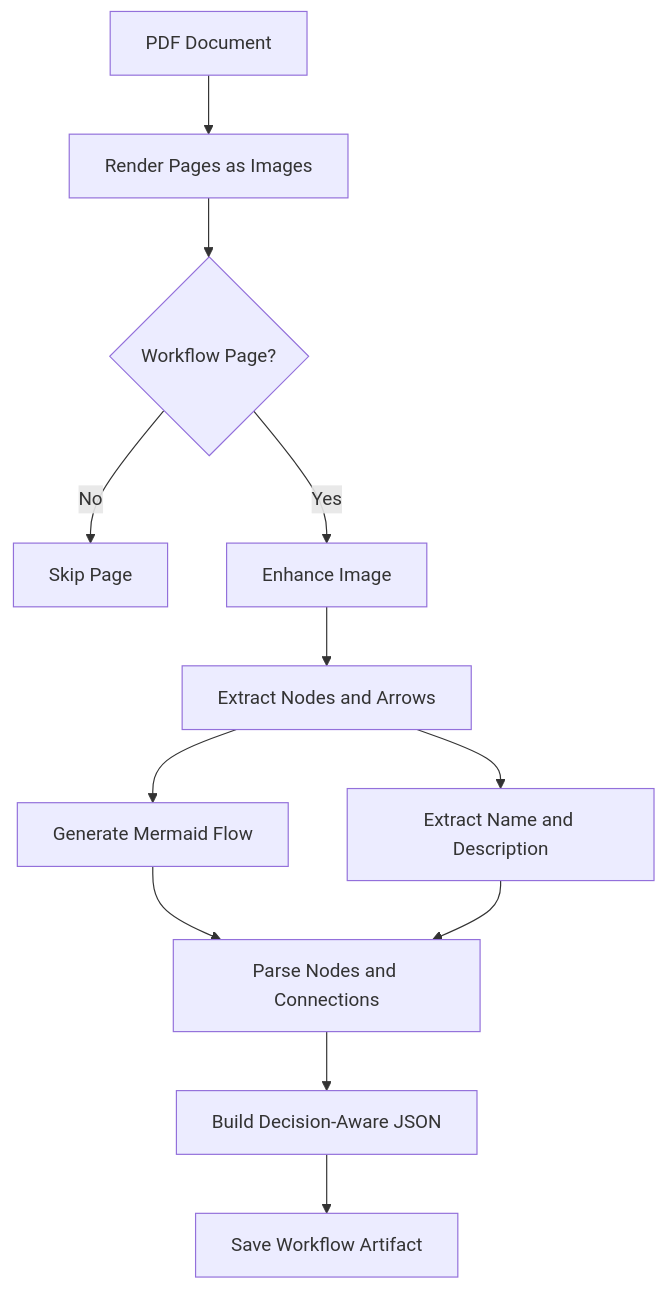
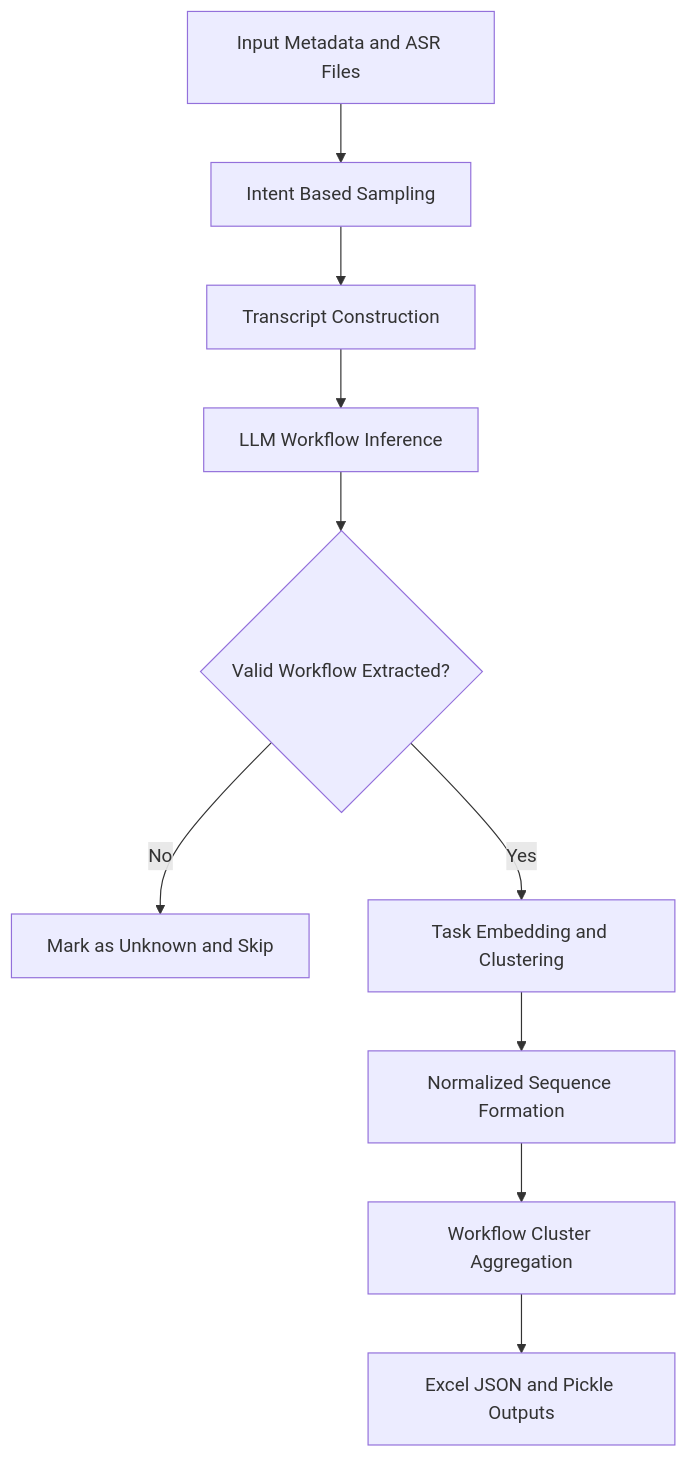
One commit to sagar-mokashi/cxone-reasearch-ppt-generation changed the diagram in output/architecture_dataflow.mmd. Above: the diagram before and after it, drawn with Mermaid. The commit also changed 24 other files, not shown here.

```diff
--- a/output/architecture_dataflow.mmd
+++ b/output/architecture_dataflow.mmd
@@ -1,12 +1,10 @@
 flowchart TD
-    A[PDF Document] --> B[Render Pages as Images]
-    B --> C{Workflow Page?}
-    C -->|No| Z[Skip Page]
-    C -->|Yes| D[Enhance Image]
-    D --> E[Extract Nodes and Arrows]
-    E --> F[Generate Mermaid Flow]
-    E --> G[Extract Name and Description]
-    F --> H[Parse Nodes and Connections]
-    G --> H
-    H --> I[Build Decision-Aware JSON]
-    I --> J[Save Workflow Artifact]
+  A[Input Metadata and ASR Files] --> B[Intent Based Sampling]
+  B --> C[Transcript Construction]
+  C --> D[LLM Workflow Inference]
+  D --> E{Valid Workflow Extracted?}
+  E -->|No| F[Mark as Unknown and Skip]
+  E -->|Yes| G[Task Embedding and Clustering]
+  G --> H[Normalized Sequence Formation]
+  H --> I[Workflow Cluster Aggregation]
+  I --> J[Excel JSON and Pickle Outputs]
```
